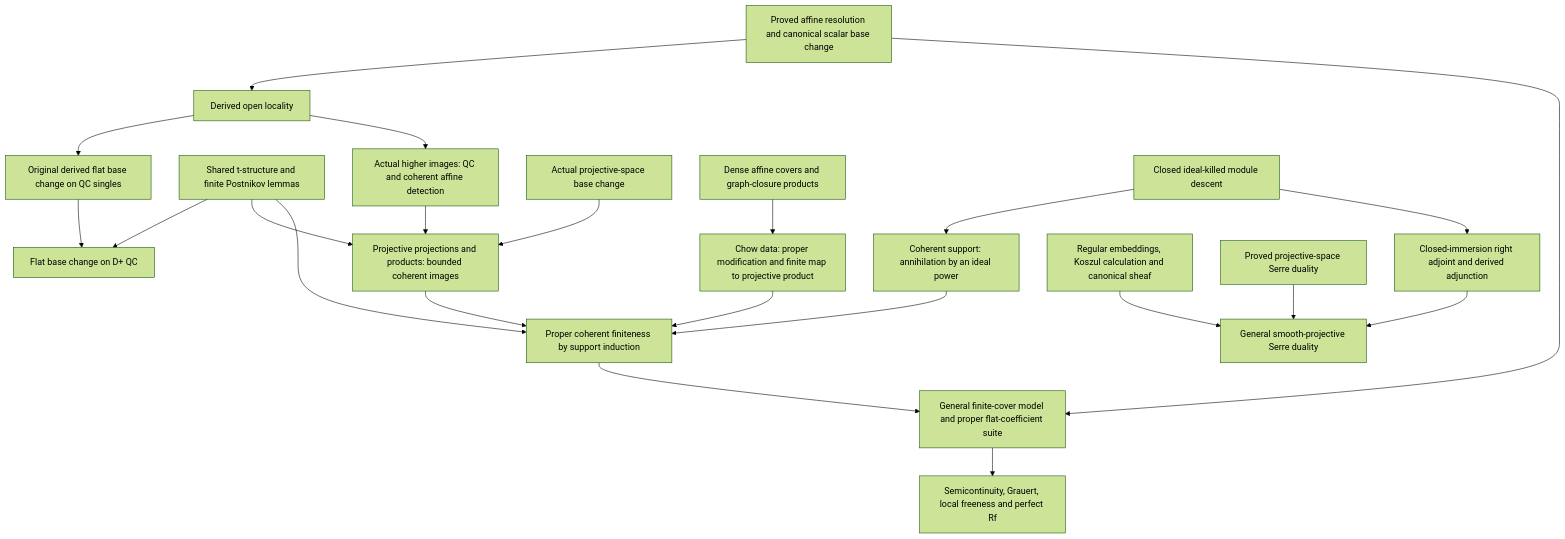
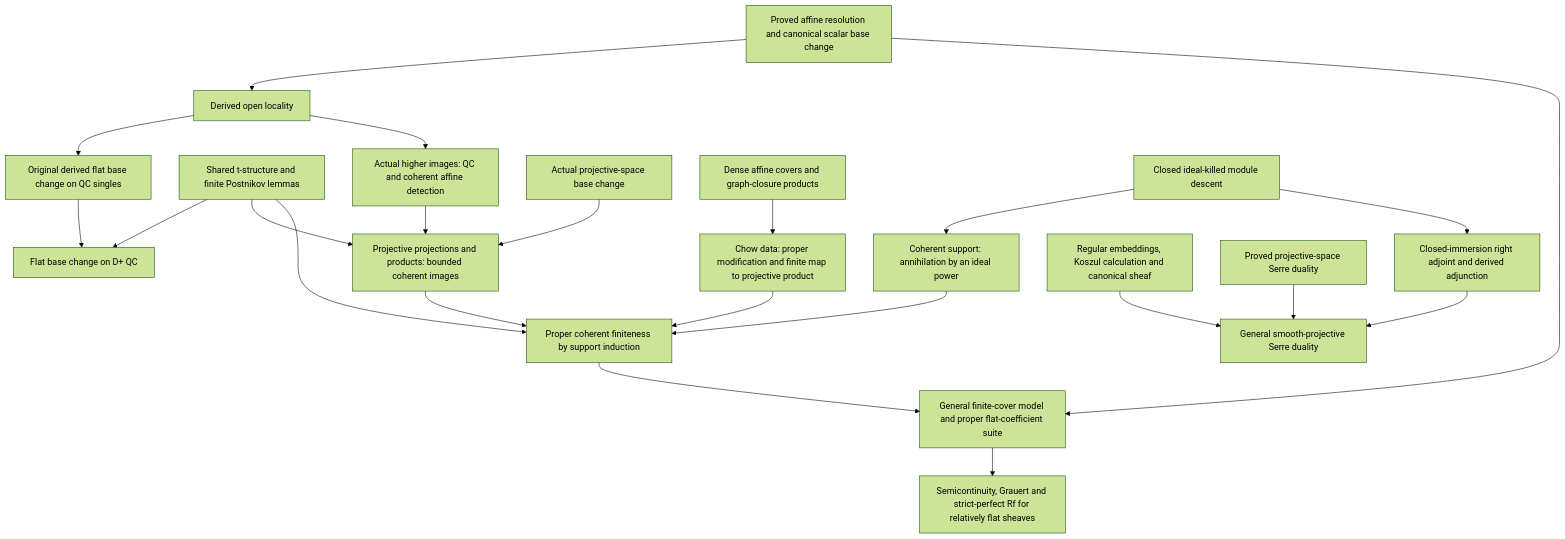
Before and after one commit to kangxyz/aglib: the diagram in doc/COHOMOLOGY_PLAN.md, drawn with Mermaid (forest theme). The commit also changed other lines of this file and 136 other files, not shown here.

````diff
--- a/doc/COHOMOLOGY_PLAN.md
+++ b/doc/COHOMOLOGY_PLAN.md
@@ -326,24 +352,24 @@
 ```mermaid
 flowchart TD
   A[Proved affine resolution and canonical scalar base change] --> L[Derived open locality]
   L --> B[Original derived flat base change on QC singles]
   T[Shared t-structure and finite Postnikov lemmas] --> BC[Flat base change on D+ QC]
   B --> BC
   L --> H[Actual higher images: QC and coherent affine detection]
   G[Actual projective-space base change] --> P[Projective projections and products: bounded coherent images]
   H --> P
   T --> P
   D[Dense affine covers and graph-closure products] --> C[Chow data: proper modification and finite map to projective product]
   P --> F[Proper coherent finiteness by support induction]
   C --> F
   K[Closed ideal-killed module descent] --> S[Coherent support: annihilation by an ideal power]
   S --> F
   T --> F
   F --> M[General finite-cover model and proper flat-coefficient suite]
   A --> M
-  M --> N[Semicontinuity, Grauert, local freeness and perfect Rf]
+  M --> N[Semicontinuity, Grauert and strict-perfect Rf for relatively flat sheaves]
   K --> I[Closed-immersion right adjoint and derived adjunction]
   I --> SD[General smooth-projective Serre duality]
   R[Regular embeddings, Koszul calculation and canonical sheaf] --> SD
   E[Proved projective-space Serre duality] --> SD
 ```
````
